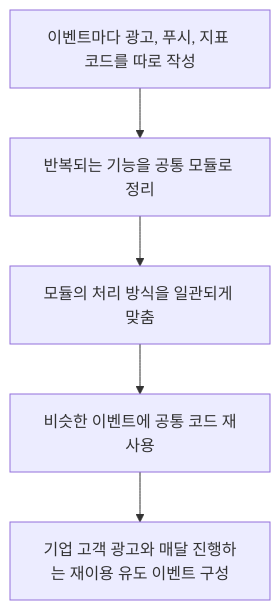
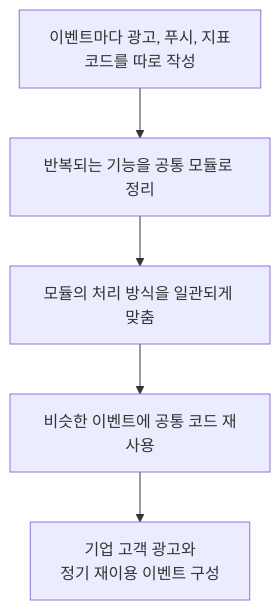
The first of 2 diagrams in projects/platform-operations/event-system.md (KimHG1995/work-history), drawn with Mermaid before and after one commit. The commit also changed 18 other files, not shown here.

Commit message:
docs: 공개 Mermaid 다이어그램 가독성 전수 개선

````diff
--- a/projects/platform-operations/event-system.md
+++ b/projects/platform-operations/event-system.md
@@ -45,7 +45,7 @@
 ```mermaid
 flowchart TD
-    old["이벤트마다 광고, 푸시, 지표 코드를 따로 작성"] --> common["반복되는 기능을 공통 모듈로 정리"]
+    old["이벤트마다 광고, 푸시, 지표<br/>코드를 따로 작성"] --> common["반복되는 기능을 공통 모듈로 정리"]
     common --> rules["모듈의 처리 방식을 일관되게 맞춤"]
     rules --> reuse["비슷한 이벤트에 공통 코드 재사용"]
-    reuse --> event["기업 고객 광고와 매달 진행하는 재이용 유도 이벤트 구성"]
+    reuse --> event["기업 고객 광고와<br/>정기 재이용 이벤트 구성"]
 ```
````
